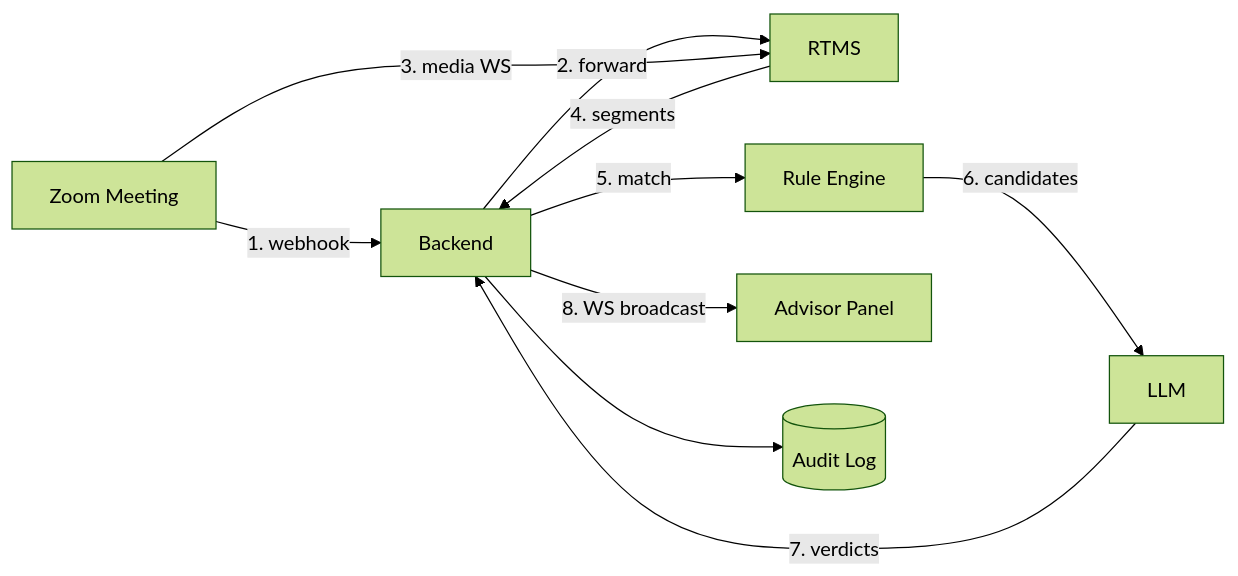
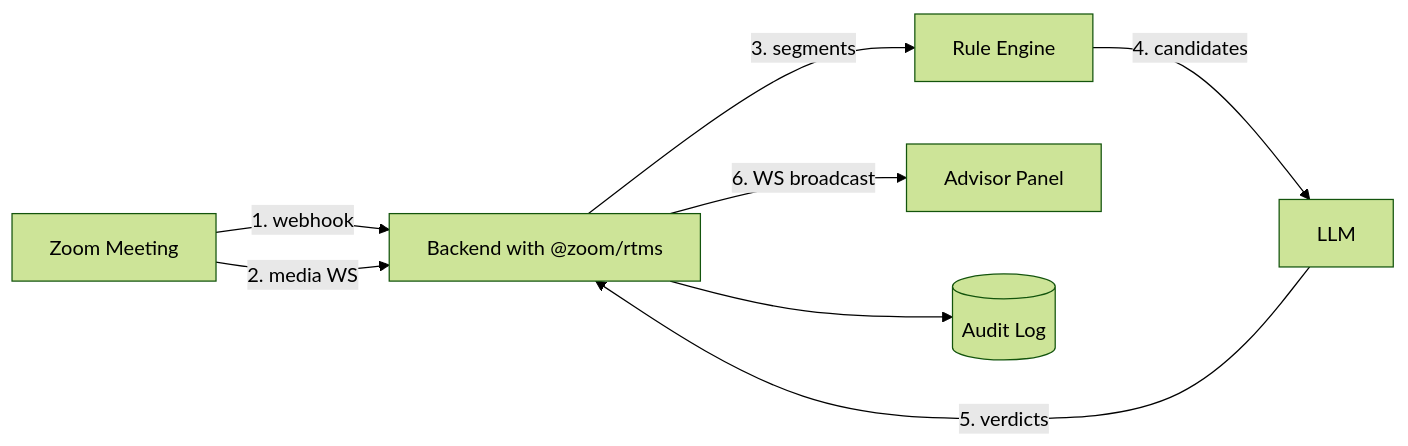
Before and after one commit to zoom/blueprints: the diagram in blueprints/realtime-compliance-advisor/index.md, drawn with Mermaid (forest theme). The commit also changed other lines of this file and 1 other file, not shown here.

First line of the commit message:
Rebuild compliance advisor around the @zoom/rtms SDK

````diff
--- a/blueprints/realtime-compliance-advisor/index.md
+++ b/blueprints/realtime-compliance-advisor/index.md
@@ -87,12 +90,10 @@
 ```mermaid
 graph LR
-    Z[Zoom Meeting] -->|1. webhook| B[Backend]
-    B -->|2. forward| R[RTMS]
-    Z -->|3. media WS| R
-    R -->|4. segments| B
-    B -->|5. match| E[Rule Engine]
-    E -->|6. candidates| L[LLM]
-    L -->|7. verdicts| B
-    B -->|8. WS broadcast| P[Advisor Panel]
+    Z[Zoom Meeting] -->|1. webhook| B[Backend with @zoom/rtms]
+    Z -->|2. media WS| B
+    B -->|3. segments| E[Rule Engine]
+    E -->|4. candidates| L[LLM]
+    L -->|5. verdicts| B
+    B -->|6. WS broadcast| P[Advisor Panel]
     B --> D[(Audit Log)]
 ```
````
